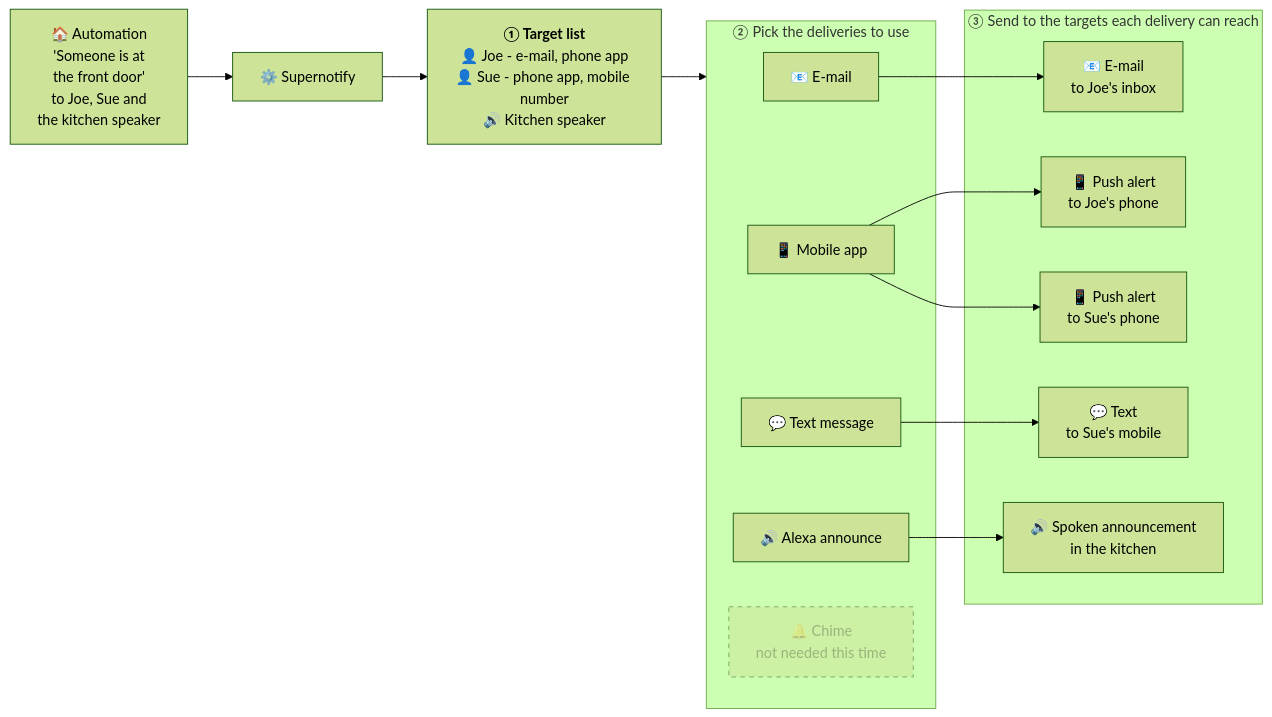
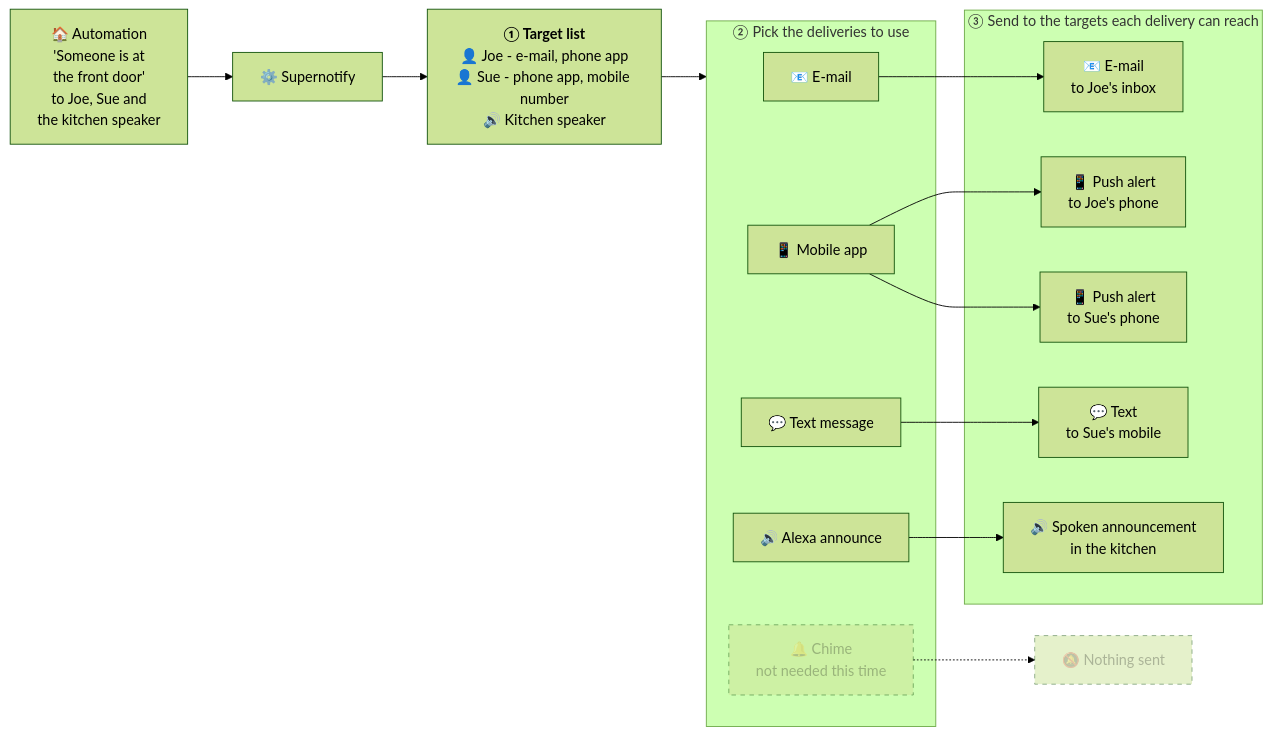
Before and after one commit to rhizomatics/supernotify: the diagram in docs/developer/concepts.md, drawn with Mermaid (forest theme). The commit also changed 4 other files, not shown here.

````diff
--- a/docs/developer/concepts.md
+++ b/docs/developer/concepts.md
@@ -37,31 +37,32 @@
 ```mermaid
 flowchart LR
     A["🏠 Automation<br/>'Someone is at<br/>the front door'<br/>to Joe, Sue and<br/>the kitchen speaker"] --> S["⚙️ Supernotify"]
     S --> T["<b>① Target list</b><br/>👤 Joe - e-mail, phone app<br/>👤 Sue - phone app, mobile number<br/>🔊 Kitchen speaker"]
     T --> D
 
     subgraph D ["② Pick the deliveries to use"]
         D1["📧 E-mail"]
         D2["📱 Mobile app"]
         D3["💬 Text message"]
         D4["🔊 Alexa announce"]
         D5["🔔 Chime<br/>not needed this time"]
     end
 
     subgraph N ["③ Send to the targets each delivery can reach"]
         N1["📧 E-mail<br/>to Joe's inbox"]
         N2["📱 Push alert<br/>to Joe's phone"]
         N3["📱 Push alert<br/>to Sue's phone"]
         N4["💬 Text<br/>to Sue's mobile"]
         N5["🔊 Spoken announcement<br/>in the kitchen"]
     end
 
     D1 --> N1
     D2 --> N2
     D2 --> N3
     D3 --> N4
     D4 --> N5
+    D5 -.-> N6["🔕 Nothing sent"]
 
     classDef skipped stroke-dasharray: 5 5,opacity:0.5
-    class D5 skipped
+    class D5,N6 skipped
 ```
````
